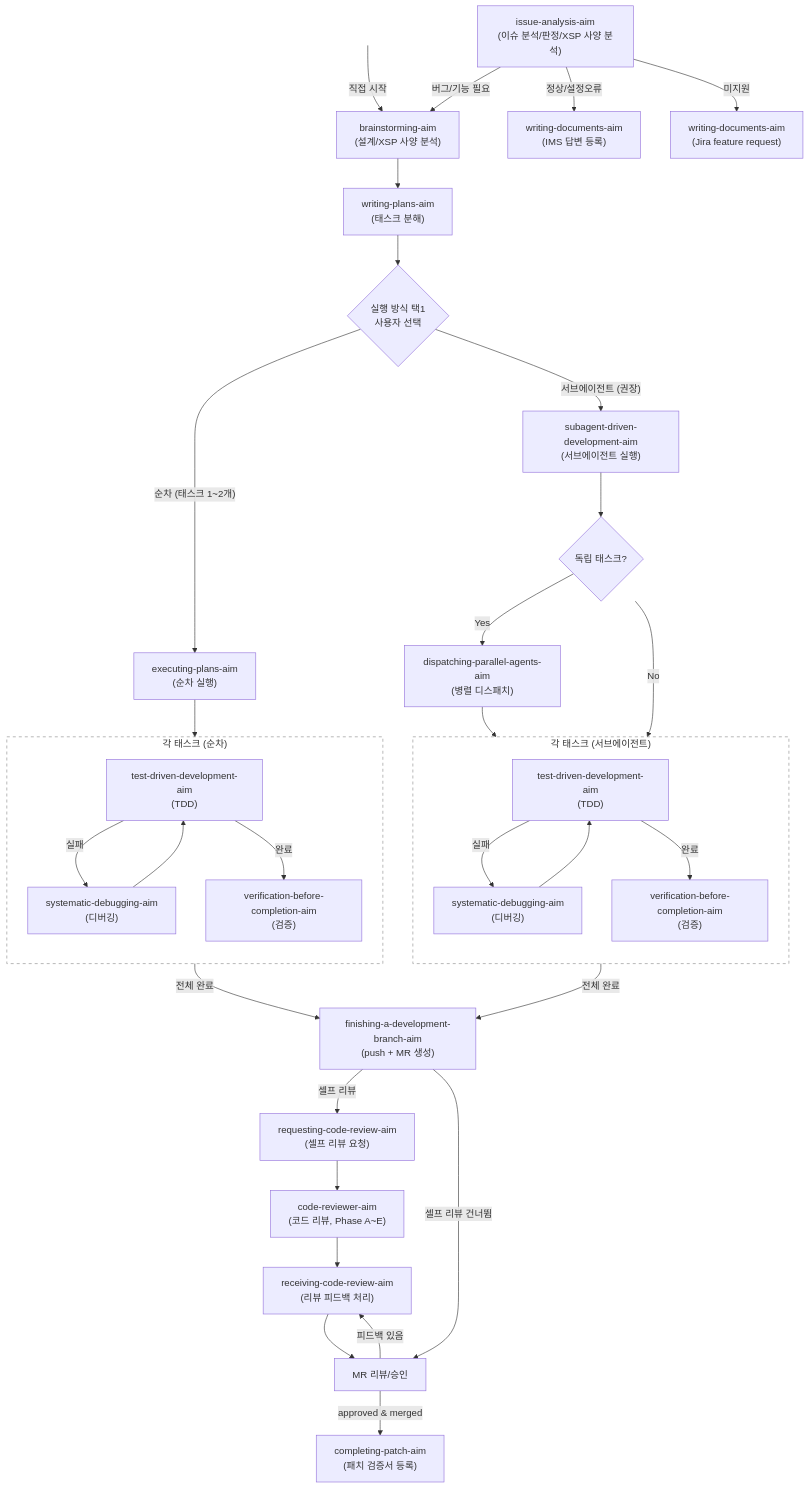
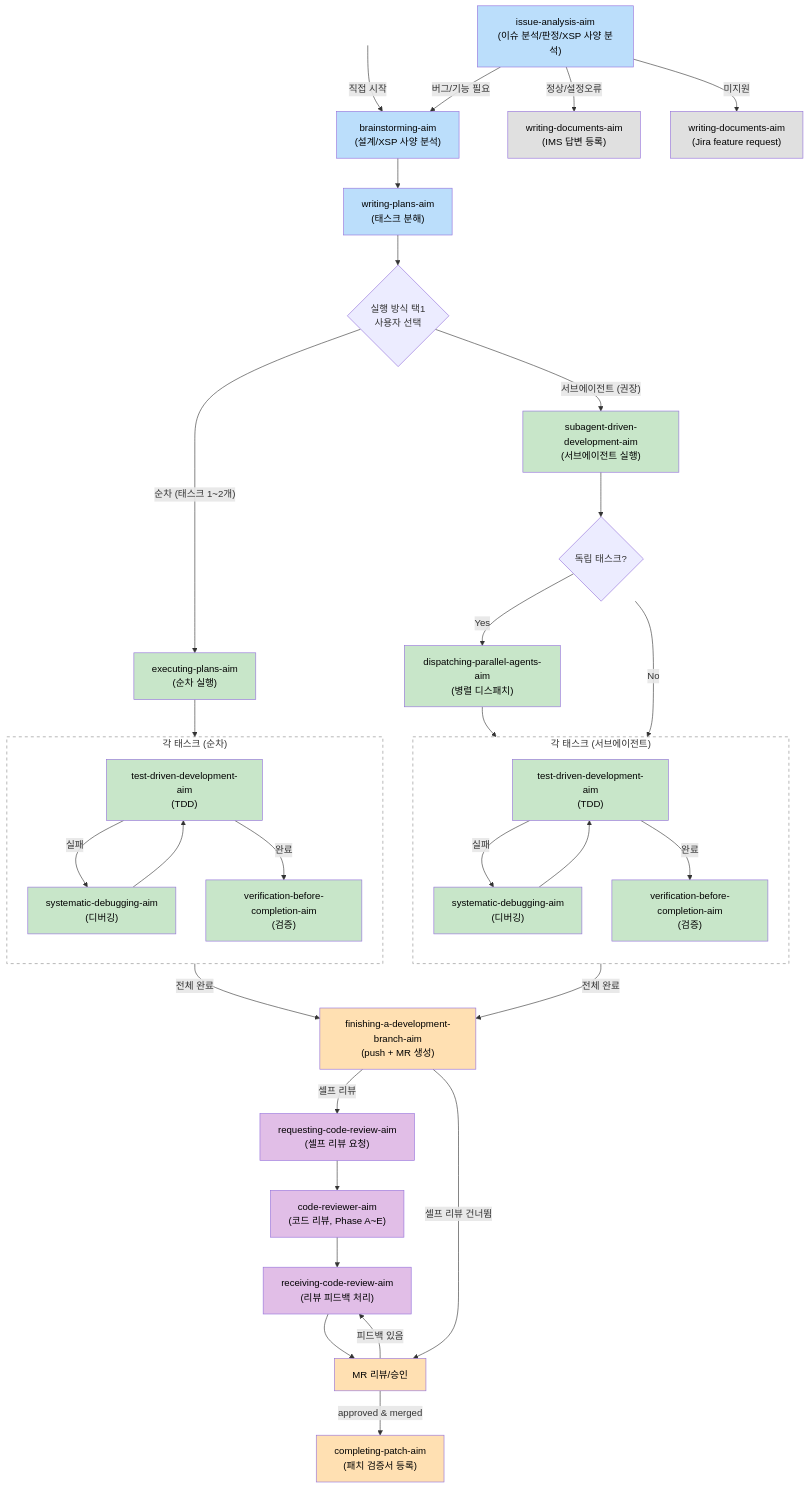
One commit to kmj5228/aim-harness changed the diagram in README.md. Above: the diagram before and after it, drawn with Mermaid.

Commit message:
style: add phase-based colors to workflow chart
- Blue: analysis/design (issue-analysis, brainstorming, writing-plans)
- Green: execution (executing, subagent, dispatching, TDD, debugging, verification)
- Orange: completion (finishing-branch, MR review, completing-patch)
- Purple: review (requesting, code-reviewer, receiving)
- Gray: documents (writing-documents)

````diff
--- a/README.md
+++ b/README.md
@@ -77,47 +77,77 @@
 ```mermaid
 flowchart TD
     A["issue-analysis-aim\n(이슈 분석/판정/XSP 사양 분석)"] -->|"버그/기능 필요"| B["brainstorming-aim\n(설계/XSP 사양 분석)"]
     START[ ] -->|직접 시작| B
     B --> C["writing-plans-aim\n(태스크 분해)"]
     C --> D{실행 방식 택1\n사용자 선택}
 
     D -->|"순차 (태스크 1~2개)"| E["executing-plans-aim\n(순차 실행)"]
     E --> TDD1
 
     D -->|"서브에이전트 (권장)"| F["subagent-driven-development-aim\n(서브에이전트 실행)"]
     F --> H{독립 태스크?}
     H -->|"Yes"| P1["dispatching-parallel-agents-aim\n(병렬 디스패치)"]
     H -->|"No"| TDD2
     P1 --> TDD2
 
     subgraph TDD1 ["각 태스크 (순차)"]
         direction TB
         G1["test-driven-development-aim\n(TDD)"] -->|실패| I1["systematic-debugging-aim\n(디버깅)"]
         I1 --> G1
         G1 -->|완료| J1["verification-before-completion-aim\n(검증)"]
     end
 
     subgraph TDD2 ["각 태스크 (서브에이전트)"]
         direction TB
         G2["test-driven-development-aim\n(TDD)"] -->|실패| I2["systematic-debugging-aim\n(디버깅)"]
         I2 --> G2
         G2 -->|완료| J2["verification-before-completion-aim\n(검증)"]
     end
 
     TDD1 -->|전체 완료| K["finishing-a-development-branch-aim\n(push + MR 생성)"]
     TDD2 -->|전체 완료| K
     K -->|셀프 리뷰| L["requesting-code-review-aim\n(셀프 리뷰 요청)"]
     L --> M["code-reviewer-aim\n(코드 리뷰, Phase A~E)"]
     K -->|셀프 리뷰 건너뜀| MR[MR 리뷰/승인]
     M --> RCV["receiving-code-review-aim\n(리뷰 피드백 처리)"]
     RCV --> MR
     MR -->|피드백 있음| RCV
     MR -->|approved & merged| N["completing-patch-aim\n(패치 검증서 등록)"]
 
     A -->|"정상/설정오류"| O["writing-documents-aim\n(IMS 답변 등록)"]
     A -->|"미지원"| Q["writing-documents-aim\n(Jira feature request)"]
 
     style START fill:transparent,stroke:transparent
+
+    %% 분석/설계 (파랑)
+    style A fill:#bbdefb,color:#000
+    style B fill:#bbdefb,color:#000
+    style C fill:#bbdefb,color:#000
+
+    %% 실행 (초록)
+    style E fill:#c8e6c9,color:#000
+    style F fill:#c8e6c9,color:#000
+    style P1 fill:#c8e6c9,color:#000
+    style G1 fill:#c8e6c9,color:#000
+    style I1 fill:#c8e6c9,color:#000
+    style J1 fill:#c8e6c9,color:#000
+    style G2 fill:#c8e6c9,color:#000
+    style I2 fill:#c8e6c9,color:#000
+    style J2 fill:#c8e6c9,color:#000
     style TDD1 fill:transparent,stroke:#888,stroke-dasharray: 5 5
     style TDD2 fill:transparent,stroke:#888,stroke-dasharray: 5 5
+
+    %% 완료/배포 (주황)
+    style K fill:#ffe0b2,color:#000
+    style MR fill:#ffe0b2,color:#000
+    style N fill:#ffe0b2,color:#000
+
+    %% 리뷰 (보라)
+    style L fill:#e1bee7,color:#000
+    style M fill:#e1bee7,color:#000
+    style RCV fill:#e1bee7,color:#000
+
+    %% 문서 (회색)
+    style O fill:#e0e0e0,color:#000
+    style Q fill:#e0e0e0,color:#000
 ```
````
